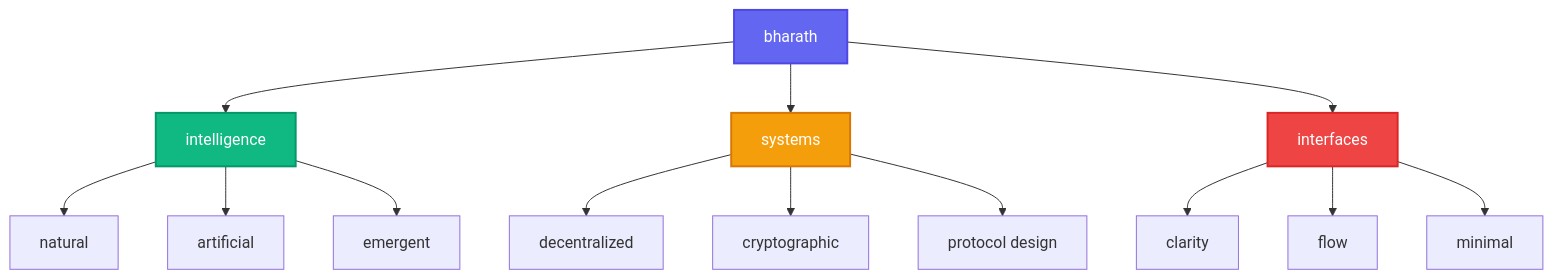
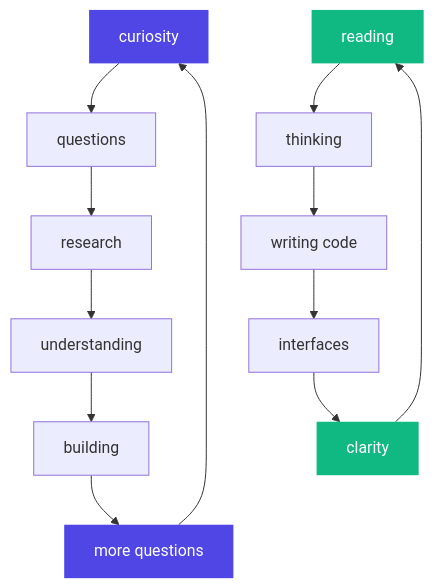
The diagram in readme.md (8harath/8harath), drawn with Mermaid before and after one commit. The commit also changed other lines of this file, not shown here.

````diff
--- a/readme.md
+++ b/readme.md
@@ -104,23 +129,20 @@
 ```mermaid
-graph TD
-    A[bharath] --> B[intelligence]
-    A --> C[systems]
-    A --> D[interfaces]
+flowchart TD
+    A[curiosity] --> B[questions]
+    B --> C[research]
+    C --> D[understanding]
+    D --> E[building]
+    E --> F[more questions]
+    F --> A
     
-    B --> E[natural]
-    B --> F[artificial]
-    B --> G[emergent]
+    G[reading] --> H[thinking]
+    H --> I[writing code]
+    I --> J[interfaces]
+    J --> K[clarity]
+    K --> G
     
-    C --> H[decentralized]
-    C --> I[cryptographic]
-    C --> J[protocol design]
-    
-    D --> K[clarity]
-    D --> L[flow]
-    D --> M[minimal]
-    
-    style A fill:#6366f1,stroke:#4f46e5,stroke-width:2px,color:#ffffff
-    style B fill:#10b981,stroke:#059669,stroke-width:2px,color:#ffffff
-    style C fill:#f59e0b,stroke:#d97706,stroke-width:2px,color:#ffffff
-    style D fill:#ef4444,stroke:#dc2626,stroke-width:2px,color:#ffffff
+    style A fill:#4f46e5,stroke:none,color:#ffffff
+    style F fill:#4f46e5,stroke:none,color:#ffffff
+    style K fill:#10b981,stroke:none,color:#ffffff
+    style G fill:#10b981,stroke:none,color:#ffffff
 ```
````
